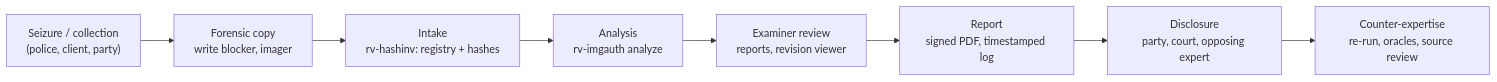
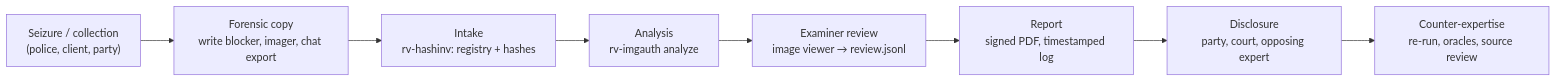
Before and after one commit to Panacota96/rv-imgauth: the first of 2 diagrams in docs/admissibility.md, drawn with Mermaid. The commit also changed other lines of this file and 17 other files, not shown here.

````diff
--- a/docs/admissibility.md
+++ b/docs/admissibility.md
@@ -85,10 +80,10 @@
 ```mermaid
 flowchart LR
-    A["Seizure / collection<br/>(police, client, party)"] --> B["Forensic copy<br/>write blocker, imager"]
+    A["Seizure / collection<br/>(police, client, party)"] --> B["Forensic copy<br/>write blocker, imager, chat export"]
     B --> C["Intake<br/>rv-hashinv: registry + hashes"]
     C --> D["Analysis<br/>rv-imgauth analyze"]
-    D --> E["Examiner review<br/>reports, revision viewer"]
+    D --> E["Examiner review<br/>image viewer → review.jsonl"]
     E --> F["Report<br/>signed PDF, timestamped log"]
     F --> G["Disclosure<br/>party, court, opposing expert"]
     G --> H["Counter-expertise<br/>re-run, oracles, source review"]
 ```
````
